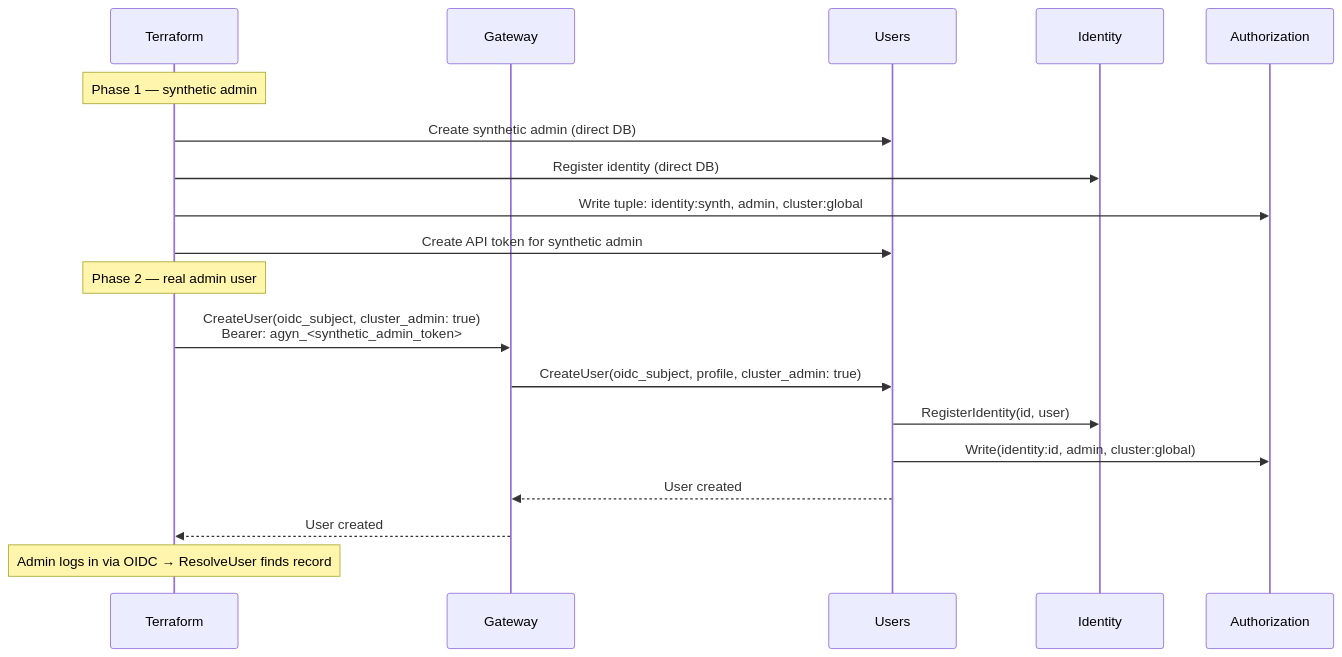
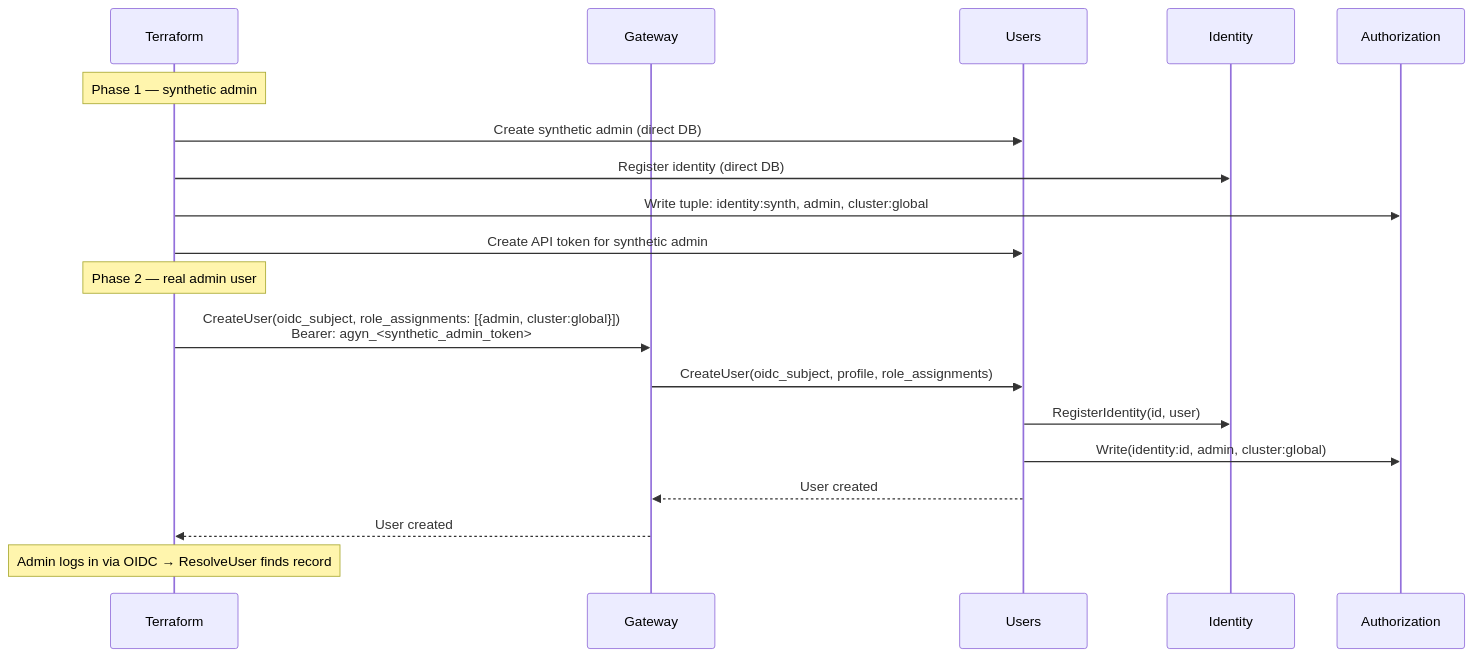
Before and after one commit to agynio/architecture: the first of 2 diagrams in architecture/users.md, drawn with Mermaid. The commit also changed other lines of this file and 1 other file, not shown here.

First line of the commit message:
Fix CreateUser schema — unified role_assignments field

````diff
--- a/architecture/users.md
+++ b/architecture/users.md
@@ -103,22 +99,22 @@
 ```mermaid
 sequenceDiagram
     participant TF as Terraform
     participant GW as Gateway
     participant US as Users
     participant IS as Identity
     participant Auth as Authorization
 
     Note over TF: Phase 1 — synthetic admin
     TF->>US: Create synthetic admin (direct DB)
     TF->>IS: Register identity (direct DB)
     TF->>Auth: Write tuple: identity:synth, admin, cluster:global
     TF->>US: Create API token for synthetic admin
     Note over TF: Phase 2 — real admin user
-    TF->>GW: CreateUser(oidc_subject, cluster_admin: true)<br/>Bearer: agyn_<synthetic_admin_token>
-    GW->>US: CreateUser(oidc_subject, profile, cluster_admin: true)
+    TF->>GW: CreateUser(oidc_subject, role_assignments: [{admin, cluster:global}])<br/>Bearer: agyn_<synthetic_admin_token>
+    GW->>US: CreateUser(oidc_subject, profile, role_assignments)
     US->>IS: RegisterIdentity(id, user)
     US->>Auth: Write(identity:id, admin, cluster:global)
     US-->>GW: User created
     GW-->>TF: User created
     Note over TF: Admin logs in via OIDC → ResolveUser finds record
 ```
````
